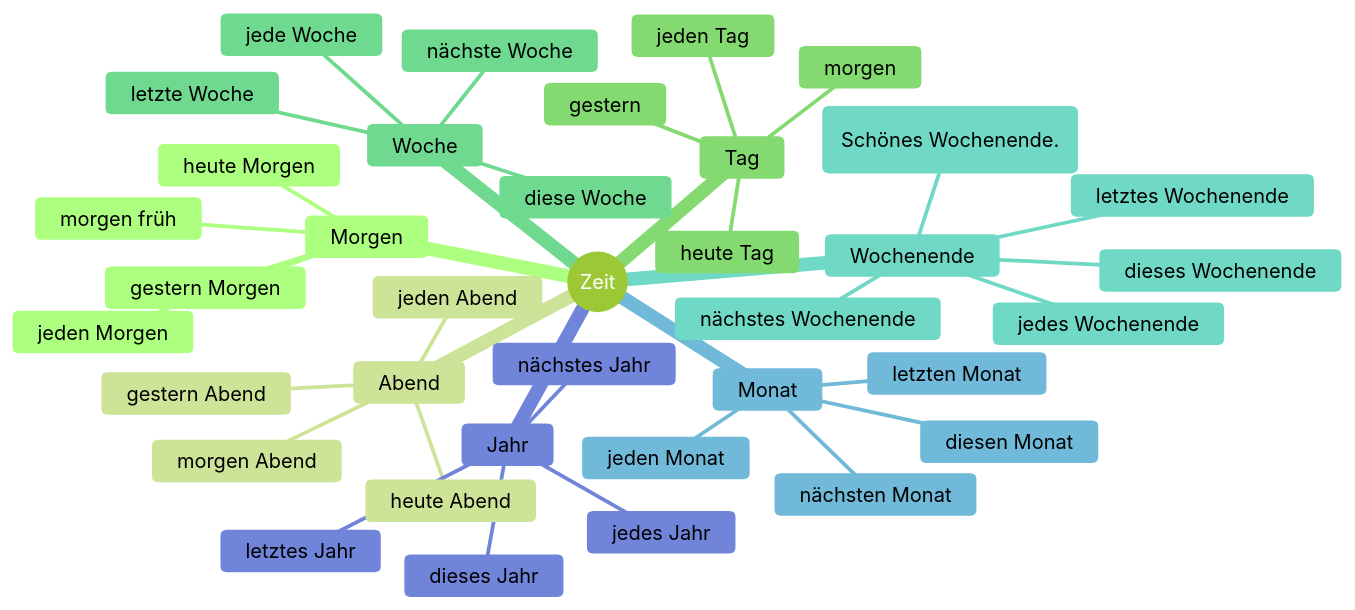
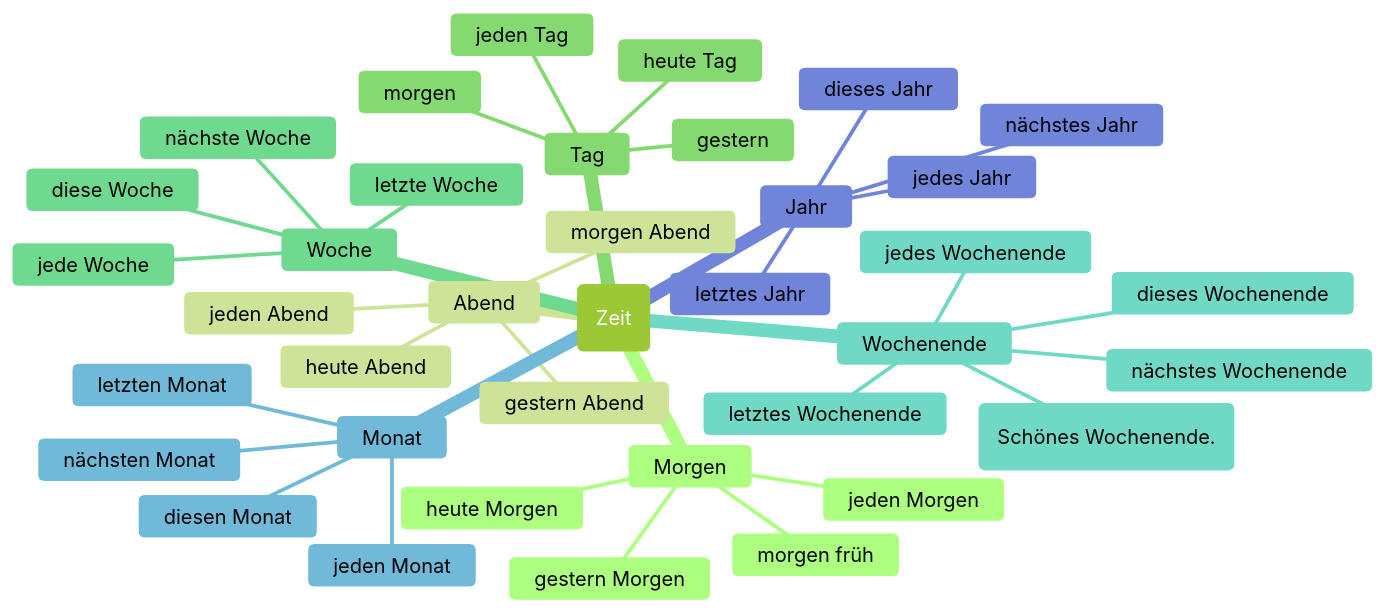
Before and after one commit to hyonsoku/mindmap: the diagram in Dutesch/zeitangaben.md, drawn with Mermaid (forest theme). The commit also changed 4 other files, not shown here.

````diff
--- a/Dutesch/zeitangaben.md
+++ b/Dutesch/zeitangaben.md
@@ -1,40 +1,40 @@
 ```mermaid
 mindmap
-    root((Zeit))
+    root(Zeit)
         Morgen
             jeden Morgen
             heute Morgen
             gestern Morgen
             morgen früh
         Abend
             jeden Abend
             heute Abend
             gestern Abend
             morgen Abend
         Tag
             jeden Tag
             heute Tag
             gestern
             morgen
         Woche
             jede Woche
             diese Woche
             letzte Woche
             nächste Woche
         Wochenende
             jedes Wochenende
             dieses Wochenende
             letztes Wochenende
             nächstes Wochenende
             (Schönes Wochenende.)
         Monat
             jeden Monat
             diesen Monat
             letzten Monat
             nächsten Monat
         Jahr
             jedes Jahr
             dieses Jahr
             letztes Jahr
             nächstes Jahr
 ```
````
